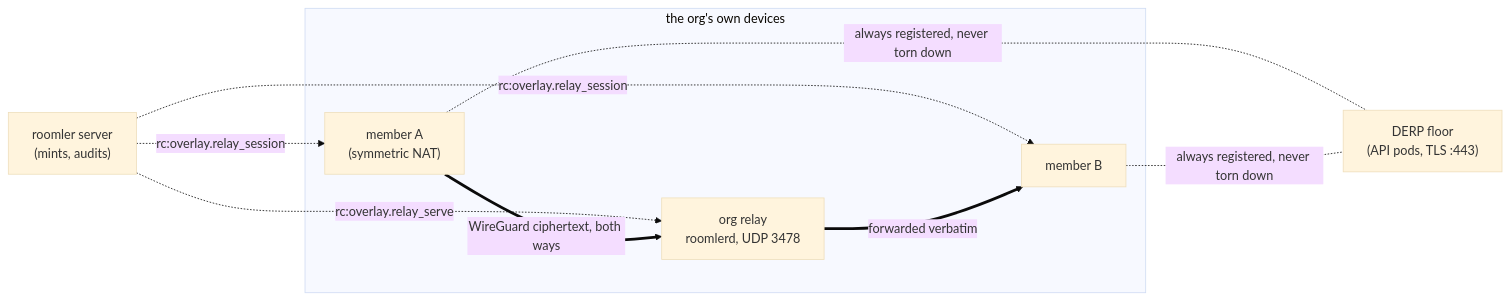
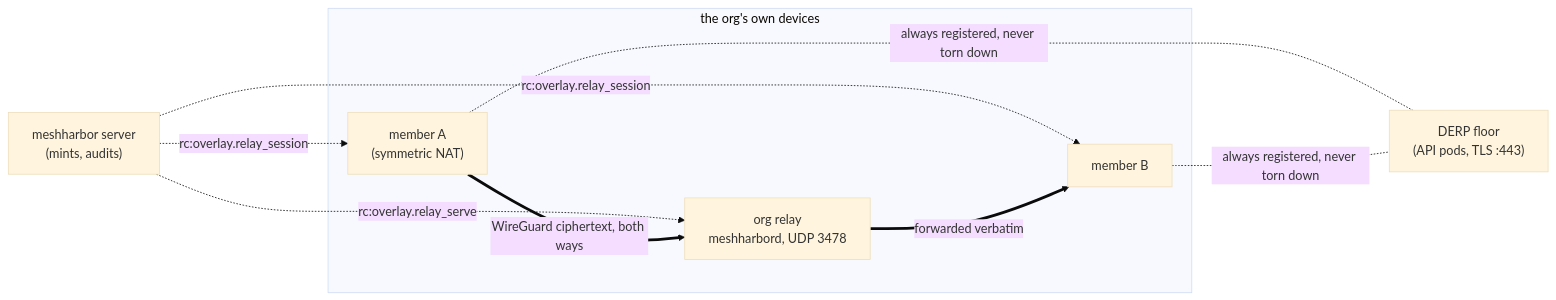
The first of 5 diagrams in docs/peer-relays.md (jk-zhang-meta/MeshHarbor), drawn with Mermaid (base theme) before and after one commit. The commit also changed other lines of this file and 682 other files, not shown here.

````diff
--- a/docs/peer-relays.md
+++ b/docs/peer-relays.md
@@ -18,18 +18,18 @@
 ```mermaid
 flowchart LR
     subgraph org["the org's own devices"]
         A["member A<br/>(symmetric NAT)"]
-        R["org relay<br/>roomlerd, UDP 3478"]
+        R["org relay<br/>meshharbord, UDP 3478"]
         B["member B"]
     end
-    S["roomler server<br/>(mints, audits)"]
+    S["meshharbor server<br/>(mints, audits)"]
     D["DERP floor<br/>(API pods, TLS :443)"]
 
     S -.->|"rc:overlay.relay_session"| A
     S -.->|"rc:overlay.relay_serve"| R
     S -.->|"rc:overlay.relay_session"| B
     A ==>|"WireGuard ciphertext, both ways"| R
     R ==>|"forwarded verbatim"| B
     A -.-|"always registered, never torn down"| D
     B -.-|"always registered, never torn down"| D
 ```
````
